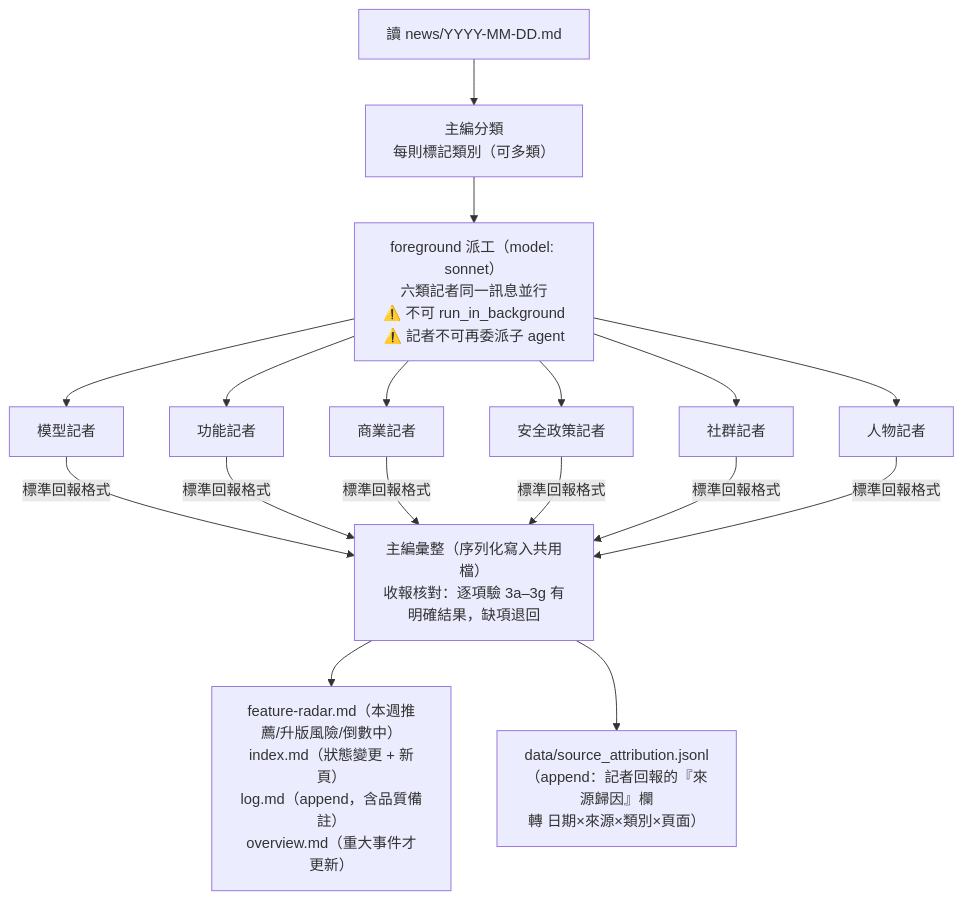
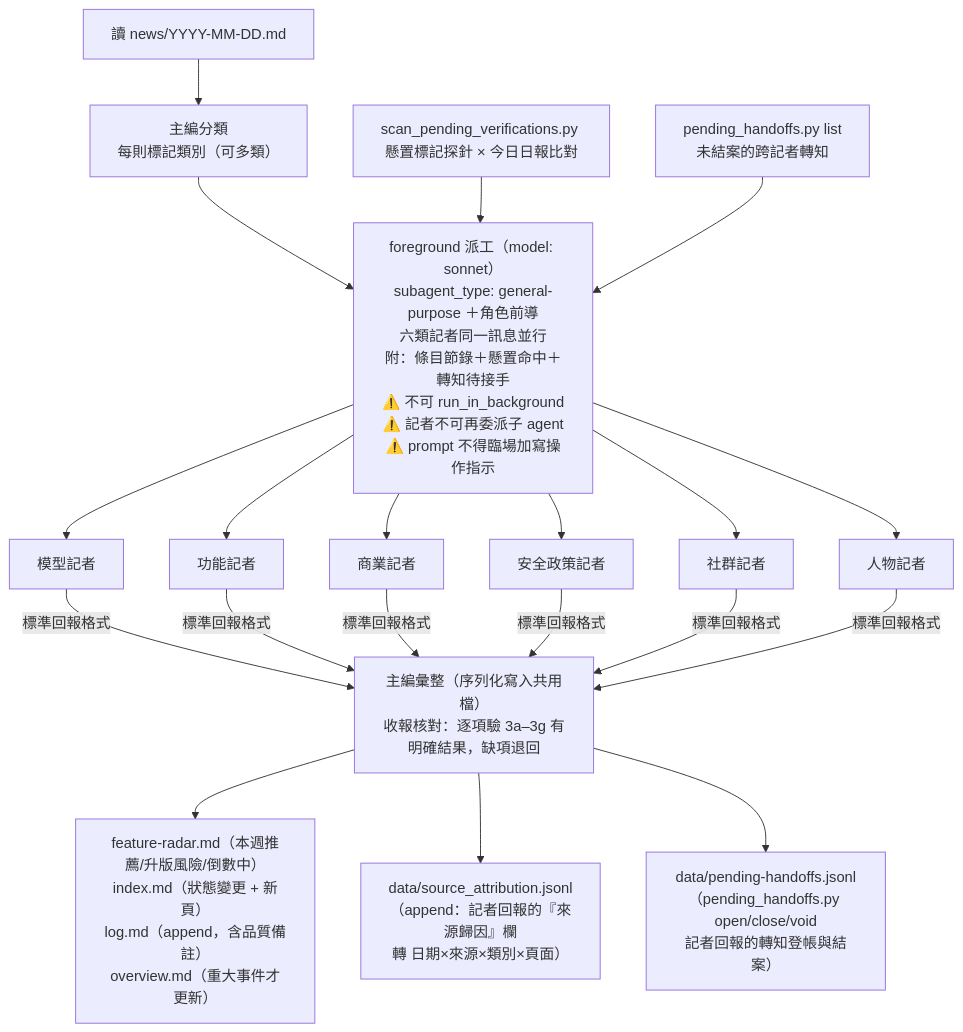
Before and after one commit to mandy82477/claude-news: the fourth of 9 diagrams in src/DesignDocument/Design Diagram.md, drawn with Mermaid. The commit also changed other lines of this file and 2 other files, not shown here.

````diff
--- a/src/DesignDocument/Design Diagram.md
+++ b/src/DesignDocument/Design Diagram.md
@@ -104,23 +133,27 @@
 ```mermaid
 flowchart TD
     NEWS["讀 news/YYYY-MM-DD.md"] --> CLASSIFY
 
     CLASSIFY["主編分類\n每則標記類別（可多類）"] --> DISPATCH
 
-    DISPATCH["foreground 派工（model: sonnet）\n六類記者同一訊息並行\n⚠️ 不可 run_in_background\n⚠️ 記者不可再委派子 agent"]
+    SCAN["scan_pending_verifications.py <date>\n懸置標記探針 × 今日日報比對"] --> DISPATCH
+    HANDIN["pending_handoffs.py list\n未結案的跨記者轉知"] --> DISPATCH
+
+    DISPATCH["foreground 派工（model: sonnet）\nsubagent_type: general-purpose ＋角色前導\n六類記者同一訊息並行\n附：條目節錄＋懸置命中＋轉知待接手\n⚠️ 不可 run_in_background\n⚠️ 記者不可再委派子 agent\n⚠️ prompt 不得臨場加寫操作指示"]
 
     DISPATCH --> R1 & R2 & R3 & R4 & R5 & R6
 
     R1["模型記者"]
     R2["功能記者"]
     R3["商業記者"]
     R4["安全政策記者"]
     R5["社群記者"]
     R6["人物記者"]
 
     R1 & R2 & R3 & R4 & R5 & R6 -->|標準回報格式| CONSOLIDATE
 
     CONSOLIDATE["主編彙整（序列化寫入共用檔）\n收報核對：逐項驗 3a–3g 有明確結果，缺項退回"]
     CONSOLIDATE --> SHARED["feature-radar.md（本週推薦/升版風險/倒數中）\nindex.md（狀態變更 + 新頁）\nlog.md（append，含品質備註）\noverview.md（重大事件才更新）"]
     CONSOLIDATE --> LEDGER["data/source_attribution.jsonl\n（append：記者回報的『來源歸因』欄\n轉 日期×來源×類別×頁面）"]
+    CONSOLIDATE --> HAND["data/pending-handoffs.jsonl\n（pending_handoffs.py open/close/void\n記者回報的轉知登帳與結案）"]
 ```
````
